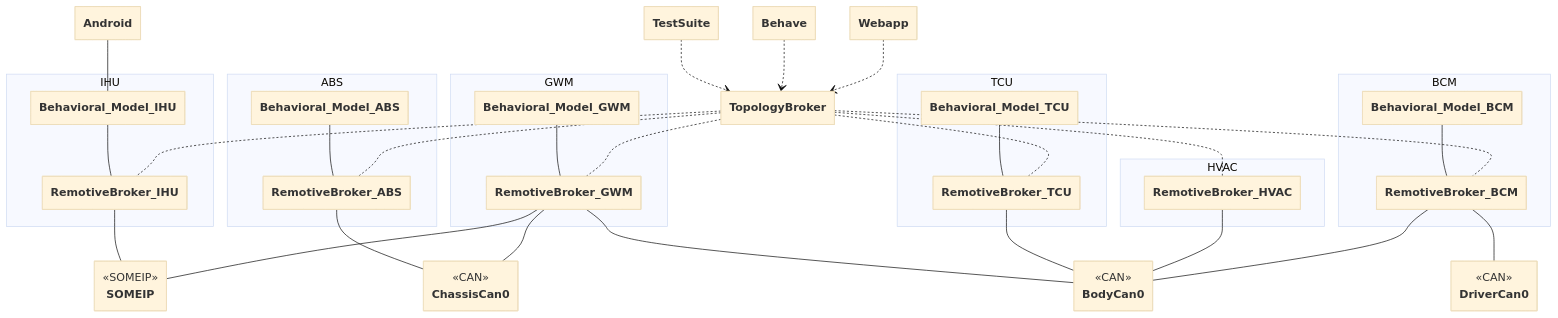
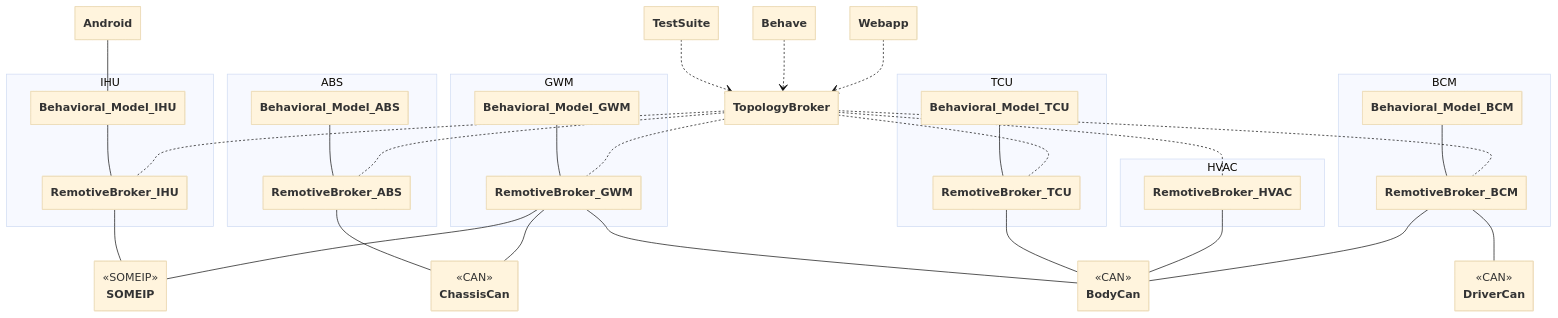
The first of 2 diagrams in remotive_car/instances/android/README.md (remotivelabs/remotivelabs-topology-examples), drawn with Mermaid (base theme) before and after one commit. The commit also changed other lines of this file and 41 other files, not shown here.

```diff
--- a/remotive_car/instances/android/README.md
+++ b/remotive_car/instances/android/README.md
@@ -48,15 +48,15 @@
         class RemotiveBroker_IHU
     }
 
-    class ChassisCan0 {
+    class ChassisCan {
         <<CAN>>
     }
 
-    class BodyCan0 {
+    class BodyCan {
         <<CAN>>
     }
 
-    class DriverCan0 {
+    class DriverCan {
         <<CAN>>
     }
 
@@ -72,15 +72,15 @@
     class Webapp
     class Behave
 
-    RemotiveBroker_ABS -- ChassisCan0
-    RemotiveBroker_GWM -- ChassisCan0
+    RemotiveBroker_ABS -- ChassisCan
+    RemotiveBroker_GWM -- ChassisCan
 
-    RemotiveBroker_GWM -- BodyCan0
-    RemotiveBroker_TCU -- BodyCan0
-    RemotiveBroker_HVAC -- BodyCan0
+    RemotiveBroker_GWM -- BodyCan
+    RemotiveBroker_TCU -- BodyCan
+    RemotiveBroker_HVAC -- BodyCan
 
-    RemotiveBroker_BCM -- BodyCan0
-    RemotiveBroker_BCM -- DriverCan0
+    RemotiveBroker_BCM -- BodyCan
+    RemotiveBroker_BCM -- DriverCan
 
 
     RemotiveBroker_IHU -- SOMEIP
```
